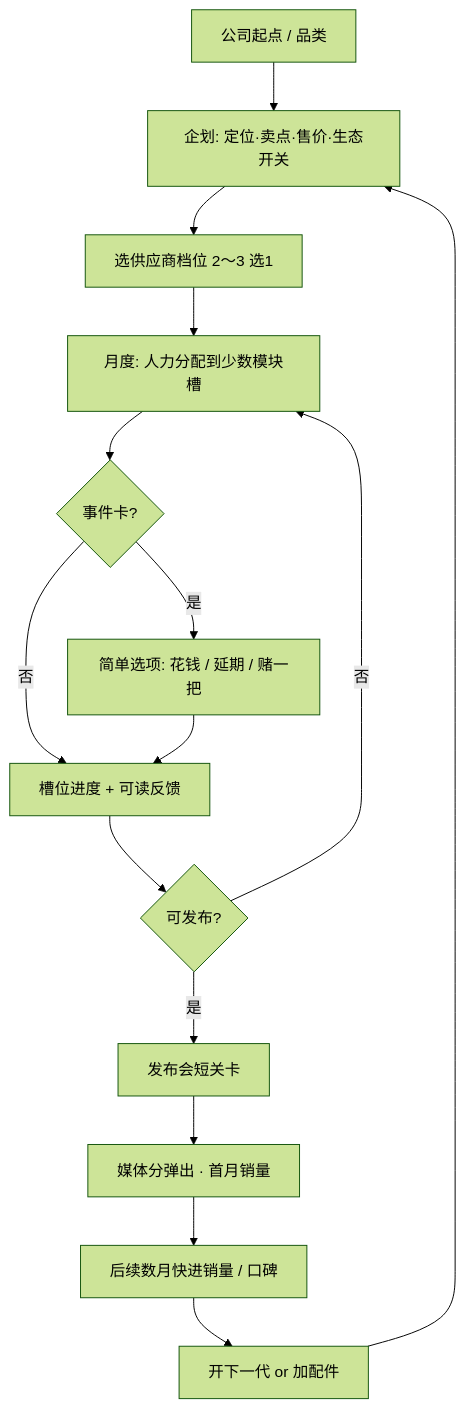
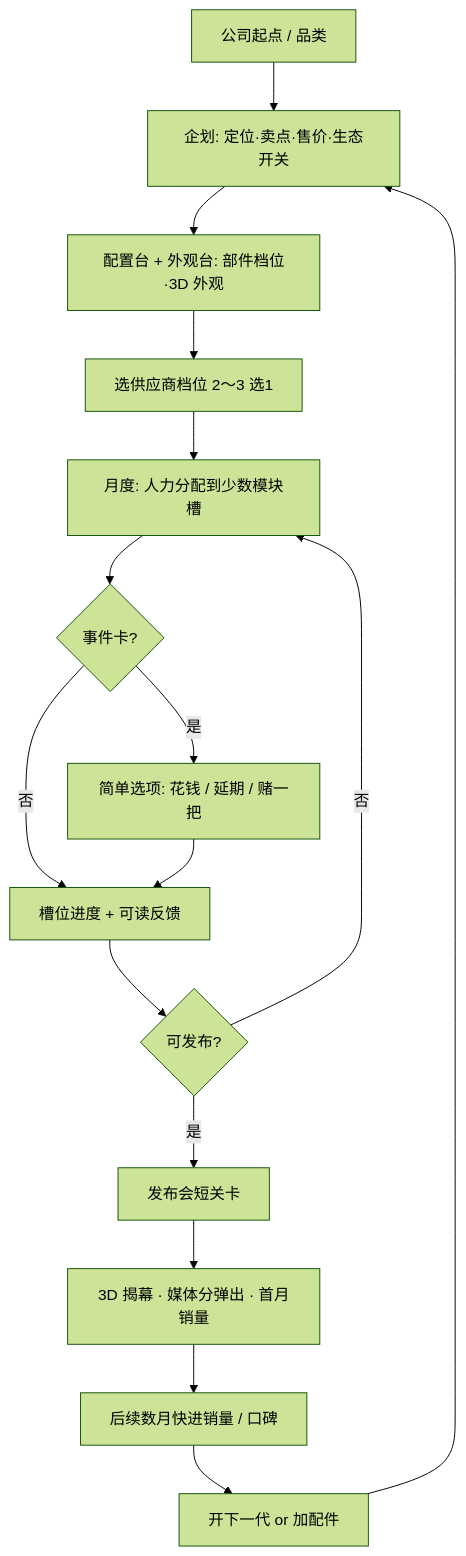
One commit to Crowffery/tech-product-simulator changed the diagram in docs/GAME_DESIGN.md. Above: the diagram before and after it, drawn with Mermaid (forest theme). The commit also changed other lines of this file and 4 other files, not shown here.

````diff
--- a/docs/GAME_DESIGN.md
+++ b/docs/GAME_DESIGN.md
@@ -97,17 +101,18 @@
 ```mermaid
 flowchart TD
   A[公司起点 / 品类] --> B[企划: 定位·卖点·售价·生态开关]
-  B --> C[选供应商档位 2～3 选1]
+  B --> B2[配置台 + 外观台: 部件档位·3D 外观]
+  B2 --> C[选供应商档位 2～3 选1]
   C --> D[月度: 人力分配到少数模块槽]
   D --> E{事件卡?}
   E -->|是| F[简单选项: 花钱 / 延期 / 赌一把]
   E -->|否| G[槽位进度 + 可读反馈]
   F --> G
   G --> H{可发布?}
   H -->|否| D
   H -->|是| I[发布会短关卡]
-  I --> J[媒体分弹出 · 首月销量]
+  I --> J[3D 揭幕 · 媒体分弹出 · 首月销量]
   J --> K[后续数月快进销量 / 口碑]
   K --> L[开下一代 or 加配件]
   L --> B
 ```
````
